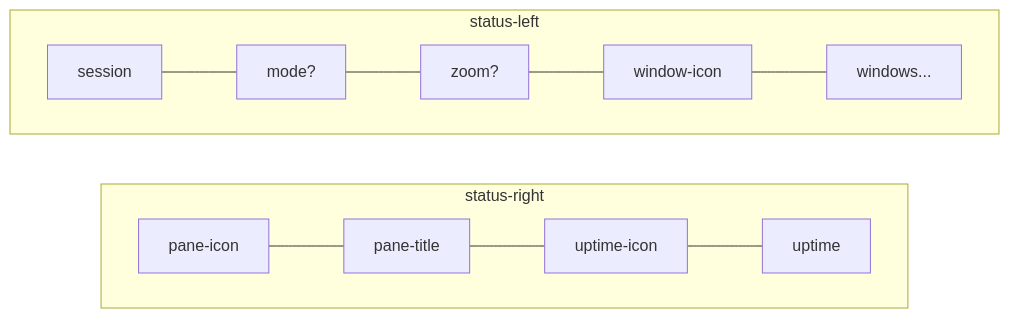
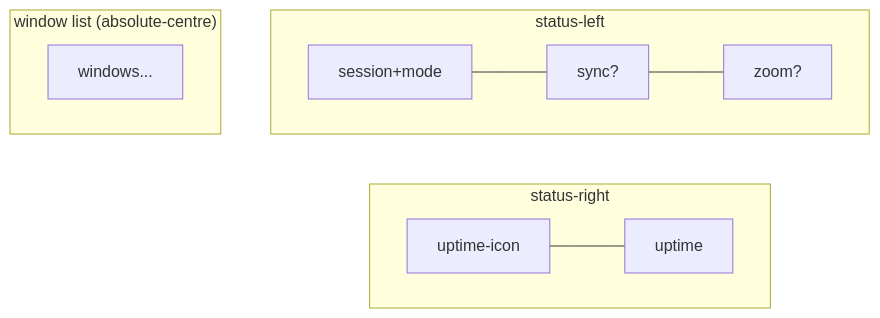
One commit to jasonmustafa/dotfiles changed the diagram in home/dot_config/tmux/CLAUDE.md. Above: the diagram before and after it, drawn with Mermaid. The commit also changed other lines of this file and 2 other files, not shown here.

First line of the commit message:
refactor(tmux): simplify status bar, merge session+mode, drop template

````diff
--- a/home/dot_config/tmux/CLAUDE.md
+++ b/home/dot_config/tmux/CLAUDE.md
@@ -7,12 +7,16 @@
 ```mermaid
 flowchart TB
     subgraph status-left["status-left"]
         direction LR
-        session --- mode? --- zoom? --- window-icon --- windows...
+        session+mode --- sync? --- zoom?
+    end
+    subgraph windows["window list (absolute-centre)"]
+        direction LR
+        windows...
     end
     subgraph status-right["status-right"]
         direction LR
-        pane-icon --- pane-title --- uptime-icon --- uptime
+        uptime-icon --- uptime
     end
     status-left ~~~ status-right
 ```
````
